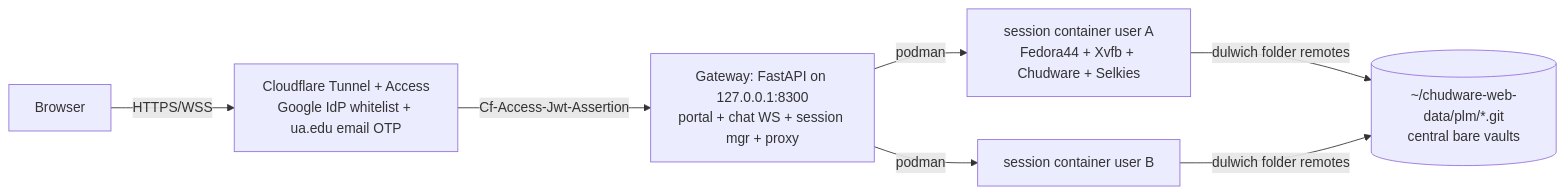
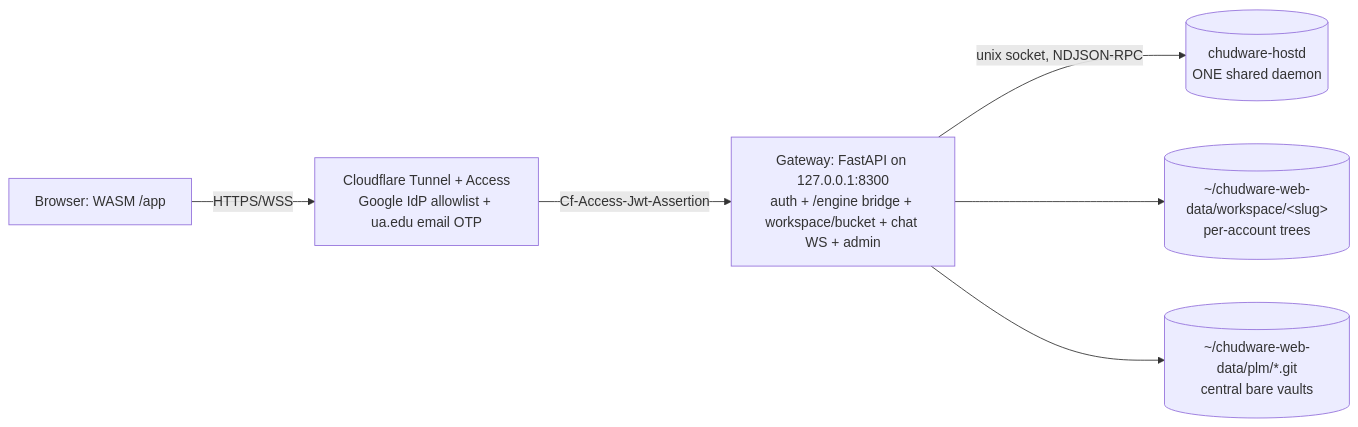
Before and after one commit to Hunter-124/Chudware: the diagram in Webservice/DESIGN.md, drawn with Mermaid. The commit also changed other lines of this file and 93 other files, not shown here.

````diff
--- a/Webservice/DESIGN.md
+++ b/Webservice/DESIGN.md
@@ -10,8 +13,8 @@
 ```mermaid
 flowchart LR
-  B[Browser] -->|HTTPS/WSS| CF[Cloudflare Tunnel + Access\nGoogle IdP whitelist + ua.edu email OTP]
-  CF -->|Cf-Access-Jwt-Assertion| GW[Gateway: FastAPI on 127.0.0.1:8300\nportal + chat WS + session mgr + proxy]
-  GW -->|podman| S1[session container user A\nFedora44 + Xvfb + Chudware + Selkies]
-  GW -->|podman| S2[session container user B]
-  S1 & S2 -->|dulwich folder remotes| PLM[(~/chudware-web-data/plm/*.git\ncentral bare vaults)]
+  B[Browser: WASM /app] -->|HTTPS/WSS| CF[Cloudflare Tunnel + Access\nGoogle IdP allowlist + ua.edu email OTP]
+  CF -->|Cf-Access-Jwt-Assertion| GW[Gateway: FastAPI on 127.0.0.1:8300\nauth + /engine bridge + workspace/bucket + chat WS + admin]
+  GW -->|unix socket, NDJSON-RPC| WD[(chudware-hostd\nONE shared daemon)]
+  GW --> WS[(~/chudware-web-data/workspace/&lt;slug&gt;\nper-account trees)]
+  GW --> PLM[(~/chudware-web-data/plm/*.git\ncentral bare vaults)]
 ```
````
